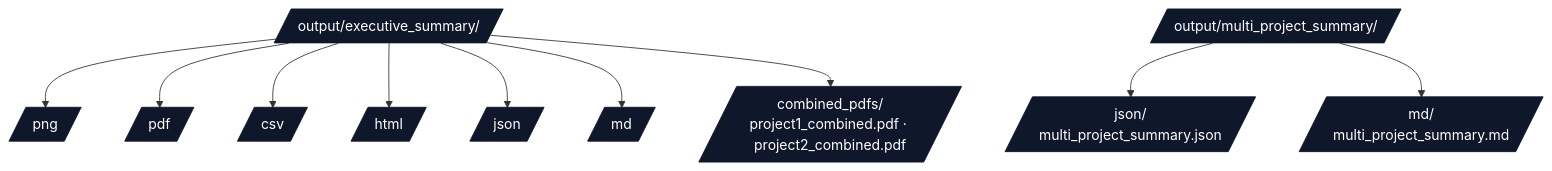
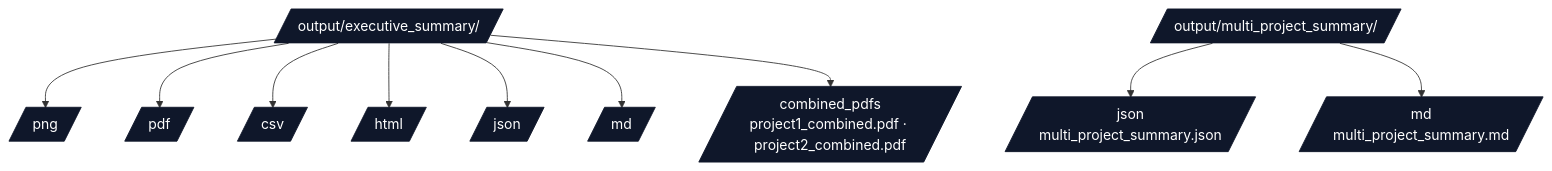
Before and after one commit to docxology/template: the second of 3 diagrams in infrastructure/reporting/AGENTS.md, drawn with Mermaid. The commit also changed other lines of this file and 164 other files, not shown here.

````diff
--- a/infrastructure/reporting/AGENTS.md
+++ b/infrastructure/reporting/AGENTS.md
@@ -118,18 +118,18 @@
 ```mermaid
 flowchart TB
     EX[/output/executive_summary//]
     EX --> PNG[/png/]
     EX --> PDF[/pdf/]
     EX --> CSV[/csv/]
     EX --> HTML[/html/]
     EX --> JSON[/json/]
     EX --> MD[/md/]
-    EX --> CB[/combined_pdfs/<br/>project1_combined.pdf · project2_combined.pdf/]
+    EX --> CB[/combined_pdfs<br/>project1_combined.pdf · project2_combined.pdf/]
 
     MS[/output/multi_project_summary//]
-    MS --> MS_JSON[/json/<br/>multi_project_summary.json/]
-    MS --> MS_MD[/md/<br/>multi_project_summary.md/]
+    MS --> MS_JSON[/json<br/>multi_project_summary.json/]
+    MS --> MS_MD[/md<br/>multi_project_summary.md/]
 
     classDef d fill:#0f172a,stroke:#0f172a,color:#fff
     class EX,PNG,PDF,CSV,HTML,JSON,MD,CB,MS,MS_JSON,MS_MD d
 ```
````
